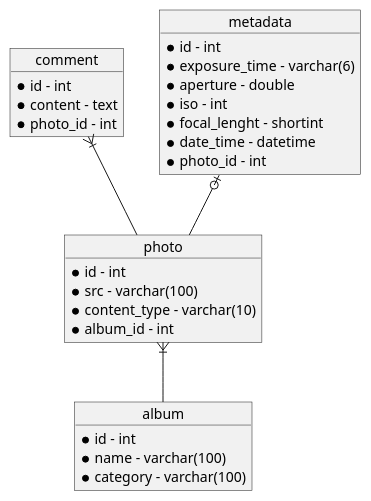
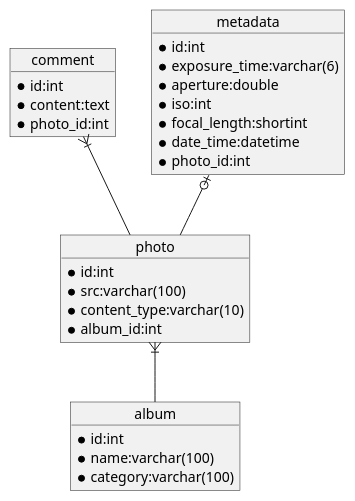
One commit to Bernardinio040/Projekt-Pzaw changed the diagram in plantuml-fizyczny.puml. Above: the diagram before and after it, drawn with PlantUML. The commit also changed 1 other file, not shown here.

```diff
--- a/plantuml-fizyczny.puml
+++ b/plantuml-fizyczny.puml
@@ -1,34 +1,34 @@
 @startuml
 object photo{
- *id - int
- *src - varchar(100)
- *content_type - varchar(10)
- *album_id - int
+ *id:int
+ *src:varchar(100)
+ *content_type:varchar(10)
+ *album_id:int
 }
 
 object album{
- *id - int
- *name - varchar(100)
- *category - varchar(100)
+ *id:int
+ *name:varchar(100)
+ *category:varchar(100)
 }
 
 object comment{
- *id - int
- *content - text
- *photo_id - int
+ *id:int
+ *content:text
+ *photo_id:int
 }
 
 object metadata{
- *id - int
- *exposure_time - varchar(6)
- *aperture - double
- *iso - int
- *focal_lenght - shortint
- *date_time - datetime
- *photo_id - int
+ *id:int
+ *exposure_time:varchar(6)
+ *aperture:double
+ *iso:int
+ *focal_length:shortint
+ *date_time:datetime
+ *photo_id:int
 }
 
 photo }|-- album
 comment }|-- photo
 metadata |o-- photo
 @enduml
```
